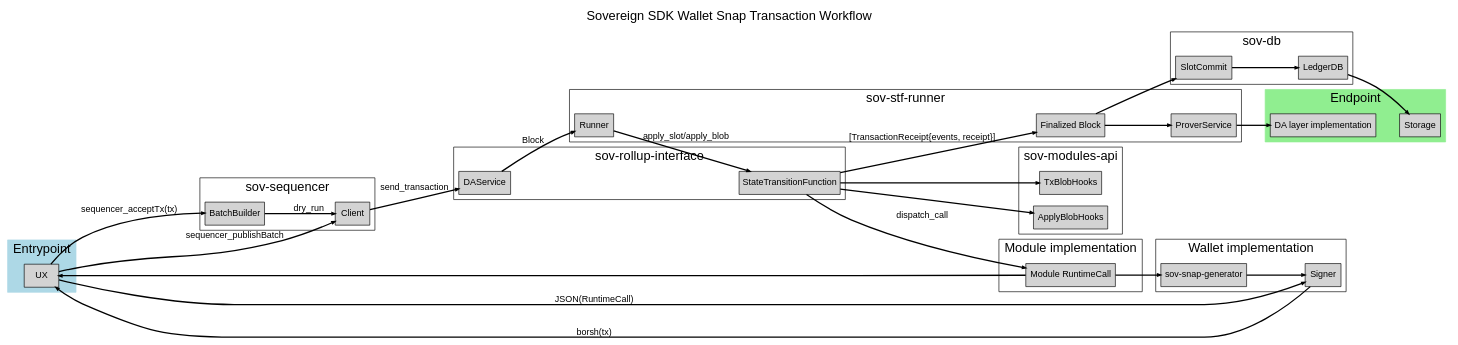
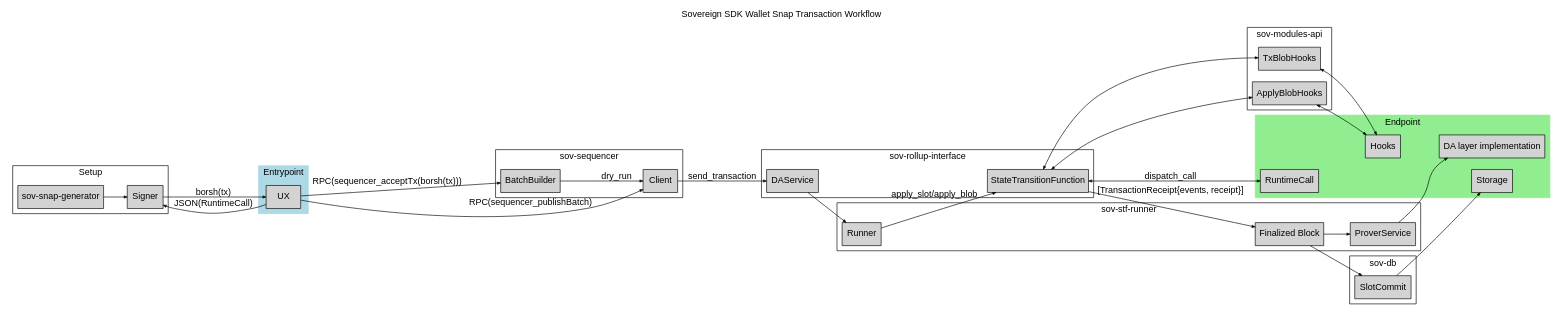
One commit to Sovereign-Labs/docs-draft changed the diagram in 0001-transaction-wallet-workflow.md. Above: the diagram before and after it, drawn with Graphviz. The commit also changed other lines of this file, not shown here.

Commit message:
simplify graph

````diff
--- a/0001-transaction-wallet-workflow.md
+++ b/0001-transaction-wallet-workflow.md
@@ -6,7 +6,6 @@
         label = "Sovereign SDK Wallet Snap Transaction Workflow"
         labelloc = t
         fontname = "Helvetica,Arial,sans-serif"
-        fontsize = 20
         layout = dot
         rankdir = LR
         newrank = true
@@ -19,8 +18,14 @@
     edge [
         arrowsize=0.5
         fontname="Helvetica,Arial,sans-serif"
-        penwidth=2
     ]
+
+    subgraph cluster_setup {
+        sov_snap_generator [label="sov-snap-generator"]
+        wallet_signer [label="Signer"]
+
+        label = "Setup"
+    }
 
     subgraph cluster_start {
         style=filled;
@@ -29,19 +34,6 @@
         ux [label="UX"]
 
         label = "Entrypoint"
-    }
-
-    subgraph cluster_module {
-        module_runtime [label="Module RuntimeCall"]
-
-        label = "Module implementation"
-    }
-
-    subgraph cluster_wallet {
-        sov_snap_generator [label="sov-snap-generator"]
-        wallet_signer [label="Signer"]
-
-        label = "Wallet implementation"
     }
 
     subgraph cluster_sov_sequencer {
@@ -70,7 +62,6 @@
 
     subgraph cluster_sov_db {
         db_slot_commit [label="SlotCommit"]
-        db_ledger [label="LedgerDB"]
 
         label = "sov-db"
     }
@@ -88,31 +79,32 @@
 
         da_service [label="DA layer implementation"]
         storage [label="Storage"]
+        module_runtime [label="RuntimeCall"]
+        module_hooks [label="Hooks"]
 
         label = "Endpoint"
     }
 
-    module_runtime -> ux
     ux -> wallet_signer [label="JSON(RuntimeCall)"]
     wallet_signer -> ux [label="borsh(tx)"]
-    ux -> sequencer_batch_builder [label="sequencer_acceptTx(tx)"]
-    ux -> sequencer_client [label="sequencer_publishBatch"]
-    module_runtime -> sov_snap_generator
+    ux -> sequencer_batch_builder [label="RPC(sequencer_acceptTx(borsh(tx)))"]
+    ux -> sequencer_client [label="RPC(sequencer_publishBatch)"]
     sov_snap_generator -> wallet_signer
     sequencer_client -> rollup_da_service [label="send_transaction"]
-    rollup_da_service -> runner [label="Block"]
+    rollup_da_service -> runner
 
     runner -> rollup_state_transition_function [label="apply_slot/apply_blob"]
 
-    rollup_state_transition_function -> module_apply_blob_hooks
-    rollup_state_transition_function -> module_tx_hooks
+    rollup_state_transition_function -> module_apply_blob_hooks [dir="both"]
+    rollup_state_transition_function -> module_tx_hooks [dir="both"]
     rollup_state_transition_function -> runner_finalized_block [label="[TransactionReceipt{events, receipt}]"]
-    rollup_state_transition_function -> module_runtime [label="dispatch_call"]
+    rollup_state_transition_function -> module_runtime [label="dispatch_call", dir="both"]
 
+    module_apply_blob_hooks -> module_hooks [dir="both"]
+    module_tx_hooks -> module_hooks [dir="both"]
     runner_finalized_block -> runner_prover
     runner_finalized_block -> db_slot_commit
-    db_slot_commit -> db_ledger
-    db_ledger -> storage
+    db_slot_commit -> storage
     runner_prover -> da_service
 }
 ```
````
